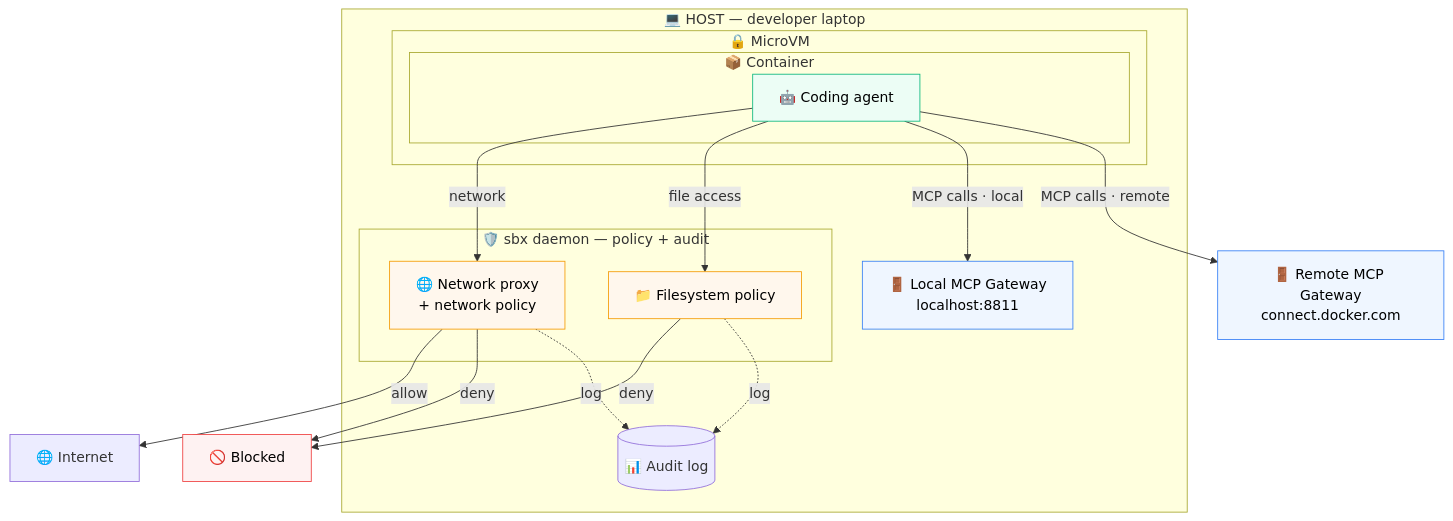
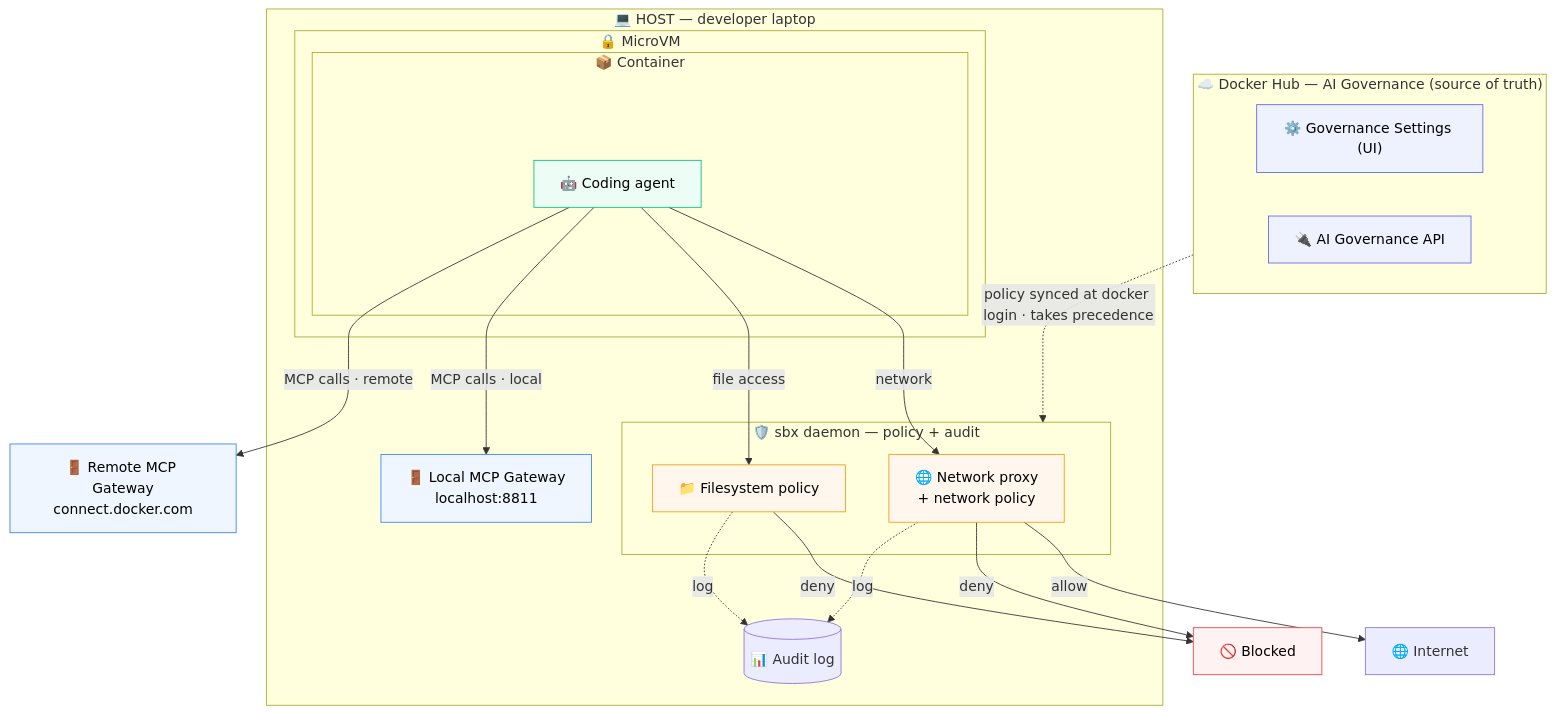
One commit to ajeetraina/labspace-ai-governance changed the diagram in labspace/06-mcp-hands-on.md. Above: the diagram before and after it, drawn with Mermaid. The commit also changed other lines of this file and 1 other file, not shown here.

First line of the commit message:
Diagram: show Docker Hub AI Governance as the policy source of truth

````diff
--- a/labspace/06-mcp-hands-on.md
+++ b/labspace/06-mcp-hands-on.md
@@ -22,42 +24,51 @@
 ```mermaid
 flowchart TB
+    subgraph HUB["☁️ Docker Hub — AI Governance (source of truth)"]
+        SETTINGS["⚙️ Governance Settings (UI)"]
+        API["🔌 AI Governance API"]
+    end
+
     subgraph HOST["💻 HOST — developer laptop"]
         subgraph VM["🔒 MicroVM"]
             subgraph CON["📦 Container"]
                 AGENT["🤖 Coding agent"]
             end
         end
 
         subgraph DAEMON["🛡️ sbx daemon — policy + audit"]
             NET["🌐 Network proxy<br/>+ network policy"]
             FS["📁 Filesystem policy"]
         end
 
         LOCALGW["🚪 Local MCP Gateway<br/>localhost:8811"]
         AUDIT[("📊 Audit log")]
     end
 
     REMOTEGW["🚪 Remote MCP Gateway<br/>connect.docker.com"]
     INTERNET["🌐 Internet"]
     BLOCK["🚫 Blocked"]
 
+    HUB -. "policy synced at docker login · takes precedence" .-> DAEMON
+
     AGENT -- "network" --> NET
     AGENT -- "file access" --> FS
     AGENT -- "MCP calls · local" --> LOCALGW
     AGENT -- "MCP calls · remote" --> REMOTEGW
 
     NET -- "allow" --> INTERNET
     NET -- "deny" --> BLOCK
     FS -- "deny" --> BLOCK
     NET -. log .-> AUDIT
     FS -. log .-> AUDIT
 
+    classDef hub fill:#eef2ff,stroke:#6366f1,color:#000
     classDef vm fill:#ecfdf5,stroke:#10b981,color:#000
     classDef pol fill:#fff7ed,stroke:#f59e0b,color:#000
     classDef gw fill:#eff6ff,stroke:#3b82f6,color:#000
     classDef deny fill:#fef2f2,stroke:#ef4444,color:#000
+    class SETTINGS,API hub
     class AGENT vm
     class NET,FS pol
     class LOCALGW,REMOTEGW gw
     class BLOCK deny
 ```
````
